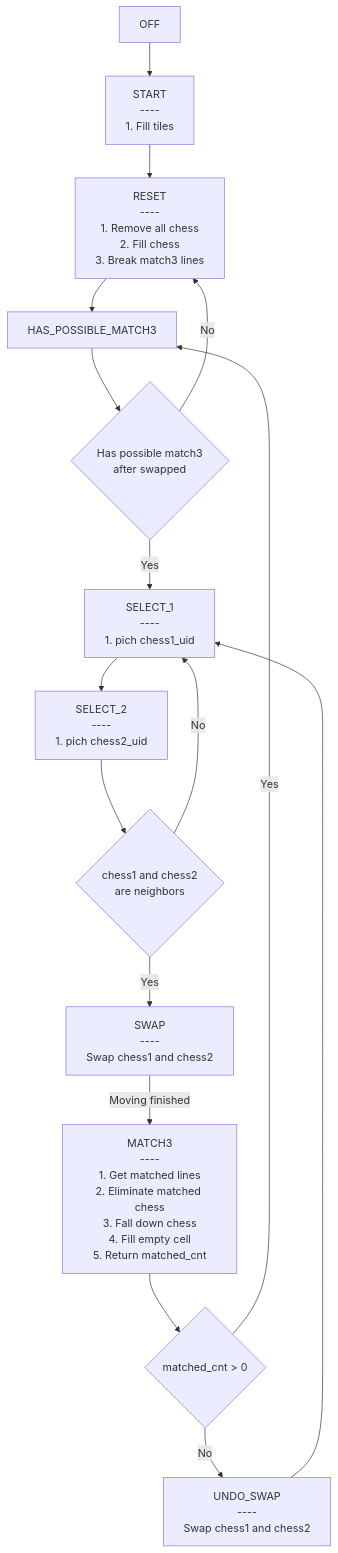
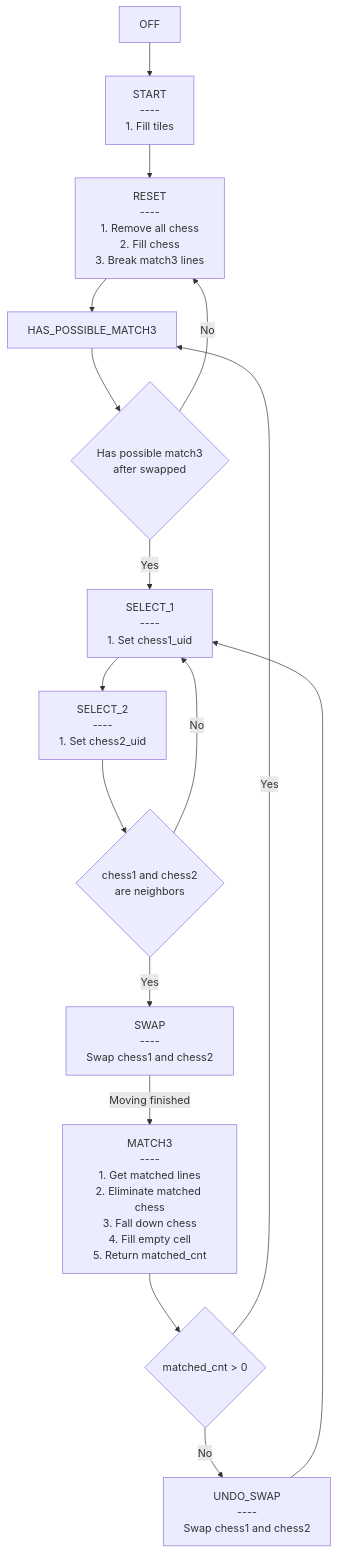
One commit to rexrainbow/C2RexDoc changed the first of 2 diagrams in plugins.md/app.bejeweled.md. Above: the diagram before and after it, drawn with Mermaid. The commit also changed 1 other file, not shown here.

````diff
--- a/plugins.md/app.bejeweled.md
+++ b/plugins.md/app.bejeweled.md
@@ -26,19 +26,19 @@
 ```mermaid
 graph TB
 
 OFF --> START["START<br>----<br>1. Fill tiles"]
 START --> RESET["RESET<br>----<br>1. Remove all chess<br>2. Fill chess<br>3. Break match3 lines"]
 RESET --> HAS_POSSIBLE_MATCH3
 HAS_POSSIBLE_MATCH3 --> HasPossibleMatch3{Has possible match3<br>after swapped}
 HasPossibleMatch3 --> |No| RESET
-HasPossibleMatch3 --> |Yes| SELECT_1["SELECT_1<br>----<br>1. pich chess1_uid"]
-SELECT_1 --> SELECT_2["SELECT_2<br>----<br>1. pich chess2_uid"]
+HasPossibleMatch3 --> |Yes| SELECT_1["SELECT_1<br>----<br>1. Set chess1_uid"]
+SELECT_1 --> SELECT_2["SELECT_2<br>----<br>1. Set chess2_uid"]
 SELECT_2 --> AreNeighbors{chess1 and chess2<br>are neighbors}
 AreNeighbors --> |Yes| SWAP["SWAP<br>----<br>Swap chess1 and chess2"]
 AreNeighbors --> |No| SELECT_1
 SWAP --> |"Moving finished"| MATCH3["MATCH3<br>----<br>1. Get matched lines<br>2. Eliminate matched chess<br>3. Fall down chess<br>4. Fill empty cell<br>5. Return matched_cnt"]
 MATCH3 --> HasMatched{matched_cnt > 0}
 HasMatched --> |Yes| HAS_POSSIBLE_MATCH3
 HasMatched --> |No|UNDOSWAP["UNDO_SWAP<br>----<br>Swap chess1 and chess2"]
 UNDOSWAP --> SELECT_1
 ```
````
